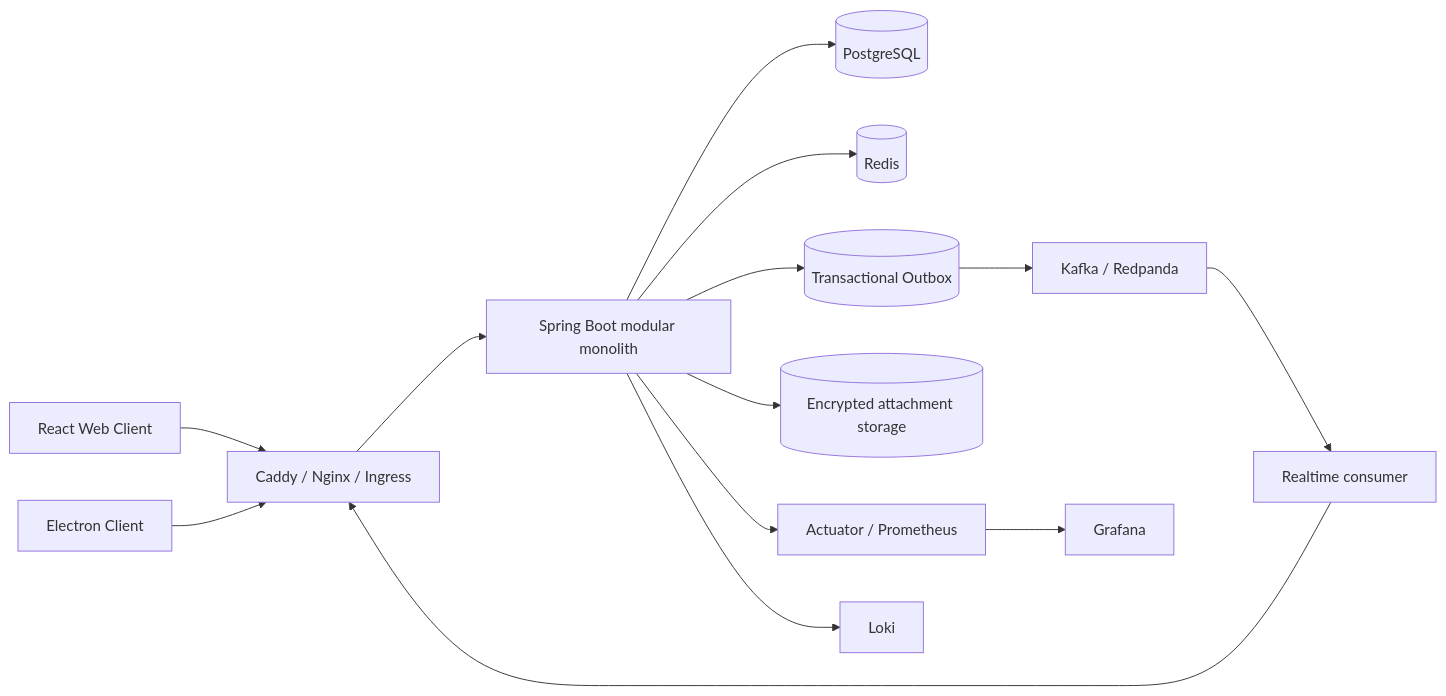
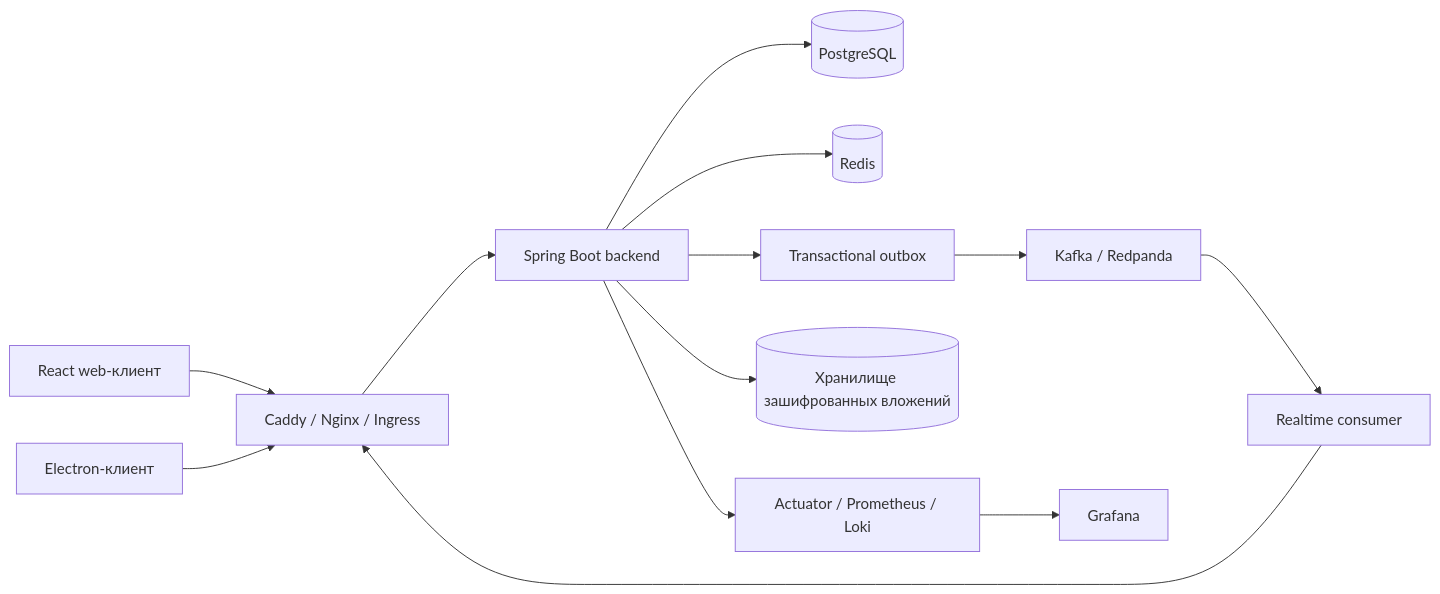
One commit to vaazhen/chaos-e2ee-messenger changed the diagram in README.ru.md. Above: the diagram before and after it, drawn with Mermaid. The commit also changed other lines of this file and 11 other files, not shown here.

````diff
--- a/README.ru.md
+++ b/README.ru.md
@@ -94,16 +73,15 @@
 ```mermaid
 flowchart LR
-    WEB[React Web Client] --> EDGE[Caddy / Nginx / Ingress]
-    DESKTOP[Electron Client] --> EDGE
-    EDGE --> API[Spring Boot modular monolith]
+    WEB[React web-клиент] --> EDGE[Caddy / Nginx / Ingress]
+    DESKTOP[Electron-клиент] --> EDGE
+    EDGE --> API[Spring Boot backend]
     API --> PG[(PostgreSQL)]
     API --> REDIS[(Redis)]
-    API --> OUTBOX[(Transactional Outbox)]
+    API --> OUTBOX[Transactional outbox]
     OUTBOX --> KAFKA[Kafka / Redpanda]
     KAFKA --> REALTIME[Realtime consumer]
     REALTIME --> EDGE
-    API --> FILES[(Encrypted attachment storage)]
-    API --> METRICS[Actuator / Prometheus]
-    METRICS --> GRAFANA[Grafana]
-    API --> LOKI[Loki]
+    API --> ATTACHMENTS[(Хранилище зашифрованных вложений)]
+    API --> OBS[Actuator / Prometheus / Loki]
+    OBS --> GRAFANA[Grafana]
 ```
````
